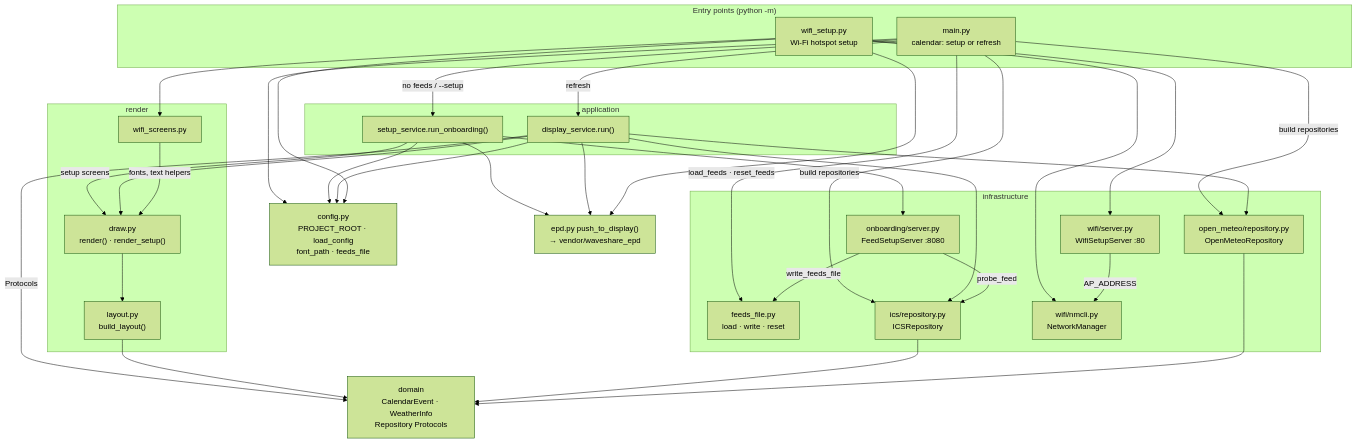
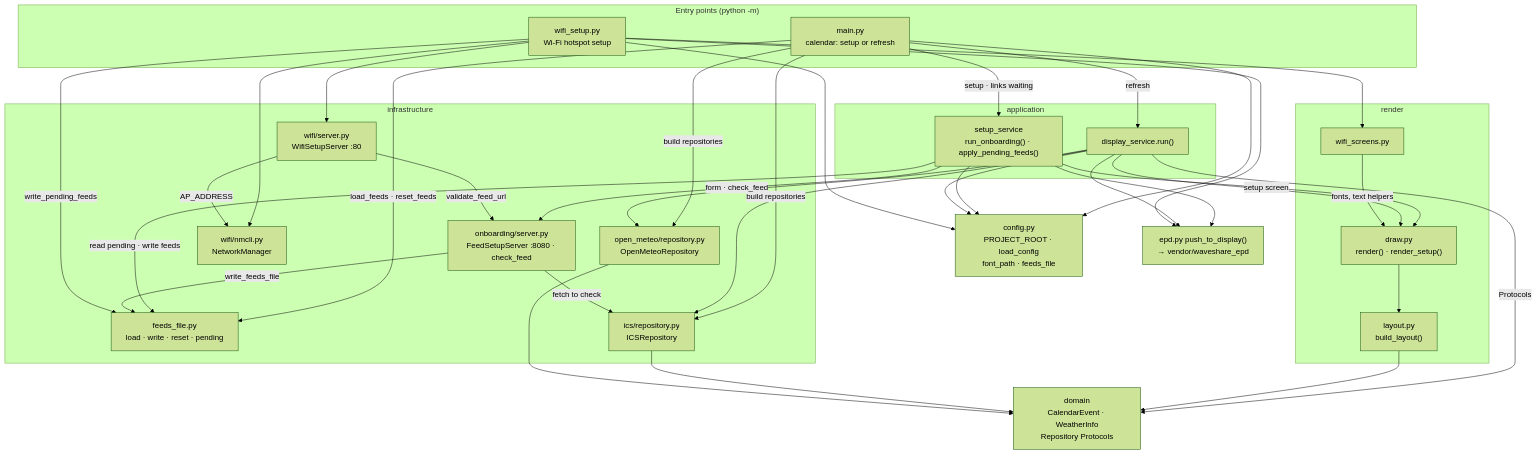
The first of 6 diagrams in docs/ARCHITECTURE.md (ShengKai234/google-calendar-api), drawn with Mermaid (forest theme) before and after one commit. The commit also changed other lines of this file and 5 other files, not shown here.

````diff
--- a/docs/ARCHITECTURE.md
+++ b/docs/ARCHITECTURE.md
@@ -17,57 +17,60 @@
 ```mermaid
 flowchart TB
   subgraph ENTRY["Entry points (python -m)"]
     MAIN["main.py<br/>calendar: setup or refresh"]
     WIFI["wifi_setup.py<br/>Wi-Fi hotspot setup"]
   end
   CFG["config.py<br/>PROJECT_ROOT · load_config<br/>font_path · feeds_file"]
   subgraph APP["application"]
     DS["display_service.run()"]
-    SS["setup_service.run_onboarding()"]
+    SS["setup_service<br/>run_onboarding() · apply_pending_feeds()"]
   end
   subgraph INFRA["infrastructure"]
-    FF["feeds_file.py<br/>load · write · reset"]
+    FF["feeds_file.py<br/>load · write · reset · pending"]
     ICS["ics/repository.py<br/>ICSRepository"]
     OM["open_meteo/repository.py<br/>OpenMeteoRepository"]
-    ONB["onboarding/server.py<br/>FeedSetupServer :8080"]
+    ONB["onboarding/server.py<br/>FeedSetupServer :8080 · check_feed"]
     NM["wifi/nmcli.py<br/>NetworkManager"]
     WS["wifi/server.py<br/>WifiSetupServer :80"]
   end
   subgraph RENDER["render"]
     DRAW["draw.py<br/>render() · render_setup()"]
     LAYOUT["layout.py<br/>build_layout()"]
     WSCR["wifi_screens.py"]
   end
   DOM["domain<br/>CalendarEvent · WeatherInfo<br/>Repository Protocols"]
   EPD["epd.py push_to_display()<br/>→ vendor/waveshare_epd"]
 
   MAIN --> CFG
   MAIN -->|"load_feeds · reset_feeds"| FF
   MAIN -->|"build repositories"| ICS
   MAIN -->|"build repositories"| OM
-  MAIN -->|"no feeds / --setup"| SS
+  MAIN -->|"setup · links waiting"| SS
   MAIN -->|"refresh"| DS
   SS --> CFG
-  SS --> ONB
-  SS -->|"setup screens"| DRAW
+  SS -->|"form · check_feed"| ONB
+  SS -->|"read pending · write feeds"| FF
+  SS -->|"setup screen"| DRAW
   SS --> EPD
   DS --> CFG
   DS -->|"Protocols"| DOM
   DS --> ICS
   DS --> OM
   DS --> DRAW
   DS --> EPD
   ONB -->|"write_feeds_file"| FF
-  ONB -->|"probe_feed"| ICS
+  ONB -->|"fetch to check"| ICS
   WIFI --> CFG
   WIFI --> NM
   WIFI --> WS
   WIFI --> WSCR
   WIFI --> EPD
+  WIFI -->|"write_pending_feeds"| FF
   WS -->|"AP_ADDRESS"| NM
+  WS -->|"validate_feed_url"| ONB
   WSCR -->|"fonts, text helpers"| DRAW
   DRAW --> LAYOUT
   LAYOUT --> DOM
   ICS --> DOM
   OM --> DOM
 ```
````
